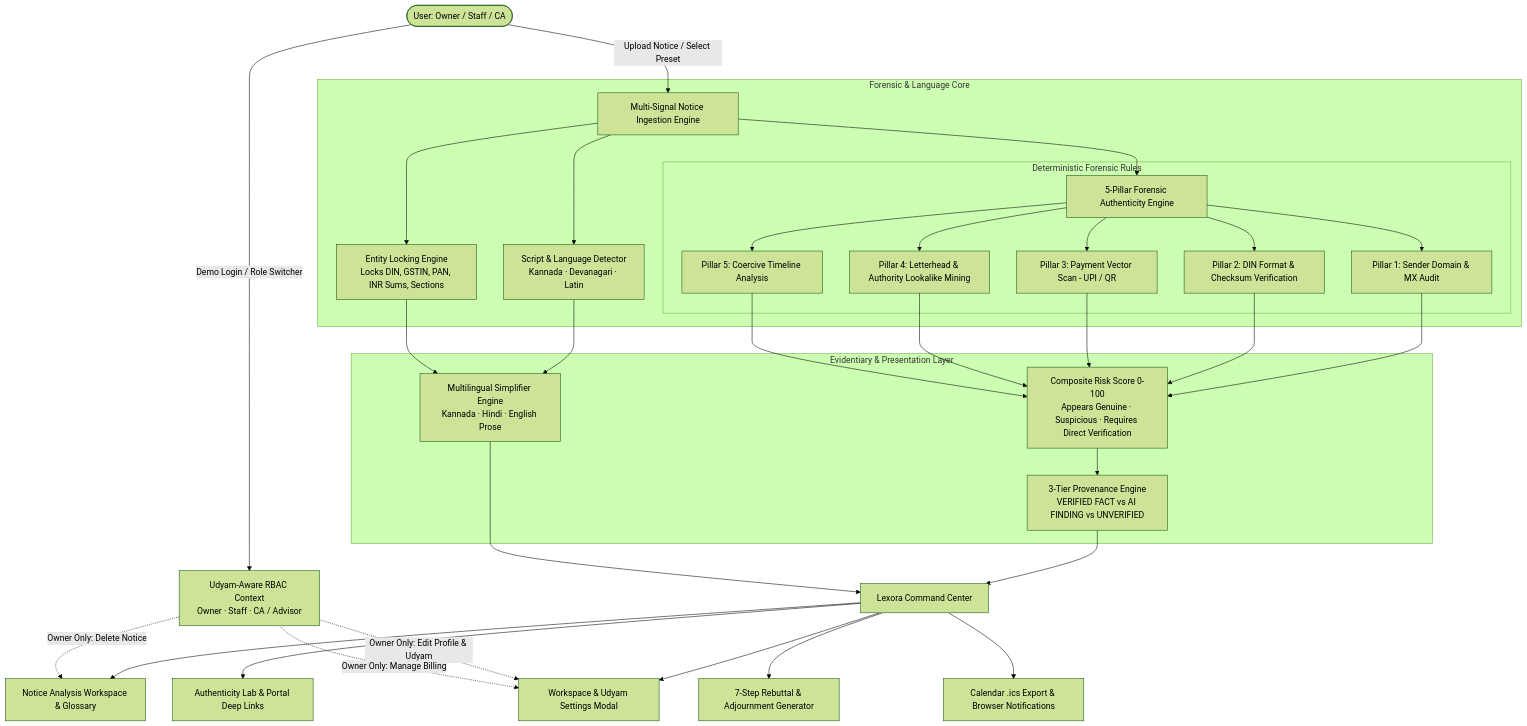
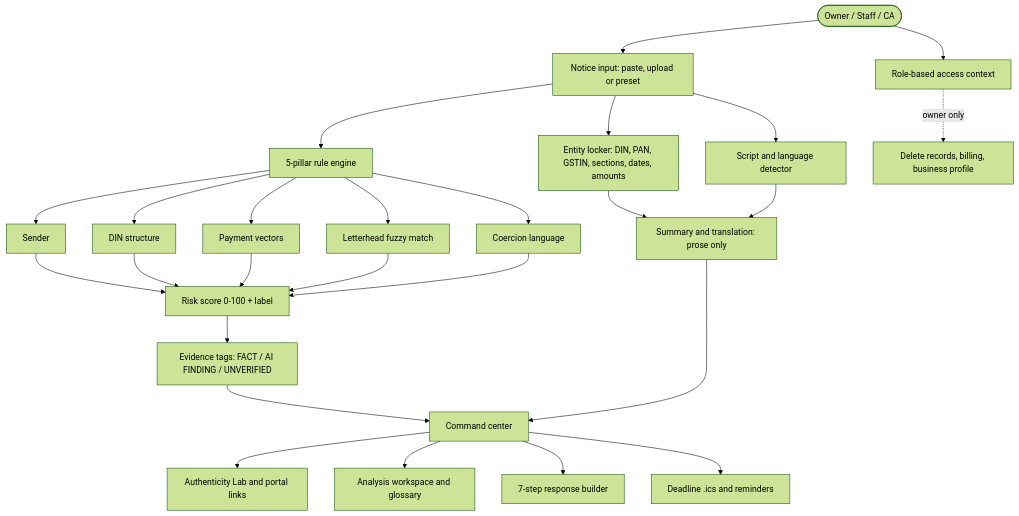
One commit to kakashsunny/Srujana_hackthon2026_Lexora changed the diagram in README.md. Above: the diagram before and after it, drawn with Mermaid (forest theme). The commit also changed other lines of this file, not shown here.

````diff
--- a/README.md
+++ b/README.md
@@ -151,37 +180,30 @@
 ```mermaid
 flowchart TD
-    User([User: Owner / Staff / CA]) -->|Demo Login / Role Switcher| Auth[Udyam-Aware RBAC Context\nOwner · Staff · CA / Advisor]
-    User -->|Upload Notice / Select Preset| Ingestion[Multi-Signal Notice Ingestion Engine]
+    U([Owner / Staff / CA]) --> A[Role-based access context]
+    U --> I[Notice input: paste, upload or preset]
 
-    subgraph Forensic & Language Core
-        Ingestion --> ScriptDetect[Script & Language Detector\nKannada · Devanagari · Latin]
-        Ingestion --> EntityLock[Entity Locking Engine\nLocks DIN, GSTIN, PAN, INR Sums, Sections]
-        Ingestion --> ForensicEngine[5-Pillar Forensic Authenticity Engine]
+    I --> L[Entity locker: DIN, PAN, GSTIN, sections, dates, amounts]
+    I --> S[Script and language detector]
+    I --> F[5-pillar rule engine]
 
-        subgraph Deterministic Forensic Rules
-            ForensicEngine --> P1[Pillar 1: Sender Domain & MX Audit]
-            ForensicEngine --> P2[Pillar 2: DIN Format & Checksum Verification]
-            ForensicEngine --> P3[Pillar 3: Payment Vector Scan - UPI / QR]
-            ForensicEngine --> P4[Pillar 4: Letterhead & Authority Lookalike Mining]
-            ForensicEngine --> P5[Pillar 5: Coercive Timeline Analysis]
-        end
-    end
+    F --> P1[Sender]
+    F --> P2[DIN structure]
+    F --> P3[Payment vectors]
+    F --> P4[Letterhead fuzzy match]
+    F --> P5[Coercion language]
 
-    P1 & P2 & P3 & P4 & P5 --> RiskAggregator[Composite Risk Score 0-100\nAppears Genuine · Suspicious · Requires Direct Verification]
+    P1 & P2 & P3 & P4 & P5 --> R[Risk score 0-100 + label]
+    R --> T[Evidence tags: FACT / AI FINDING / UNVERIFIED]
 
-    subgraph Evidentiary & Presentation Layer
-        RiskAggregator --> Provenance[3-Tier Provenance Engine\nVERIFIED FACT vs AI FINDING vs UNVERIFIED]
-        ScriptDetect & EntityLock --> VernacularCore[Multilingual Simplifier Engine\nKannada · Hindi · English Prose]
-    end
+    L --> V[Summary and translation: prose only]
+    S --> V
 
-    Provenance & VernacularCore --> OutputHub[Lexora Command Center]
-    OutputHub --> Lab[Authenticity Lab & Portal Deep Links]
-    OutputHub --> Workspace[Notice Analysis Workspace & Glossary]
-    OutputHub --> ResponseBuilder[7-Step Rebuttal & Adjournment Generator]
-    OutputHub --> CalSync[Calendar .ics Export & Browser Notifications]
-    OutputHub --> Settings[Workspace & Udyam Settings Modal]
+    T --> O[Command center]
+    V --> O
+    O --> X[Authenticity Lab and portal links]
+    O --> Y[Analysis workspace and glossary]
+    O --> Z[7-step response builder]
+    O --> C[Deadline .ics and reminders]
 
-    Auth -.->|Owner Only: Delete Notice| Workspace
-    Auth -.->|Owner Only: Edit Profile & Udyam| Settings
-    Auth -.->|Owner Only: Manage Billing| Settings
+    A -.owner only.-> D[Delete records, billing, business profile]
 ```
````
